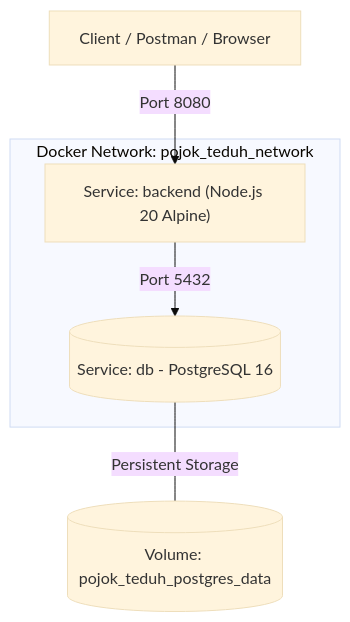
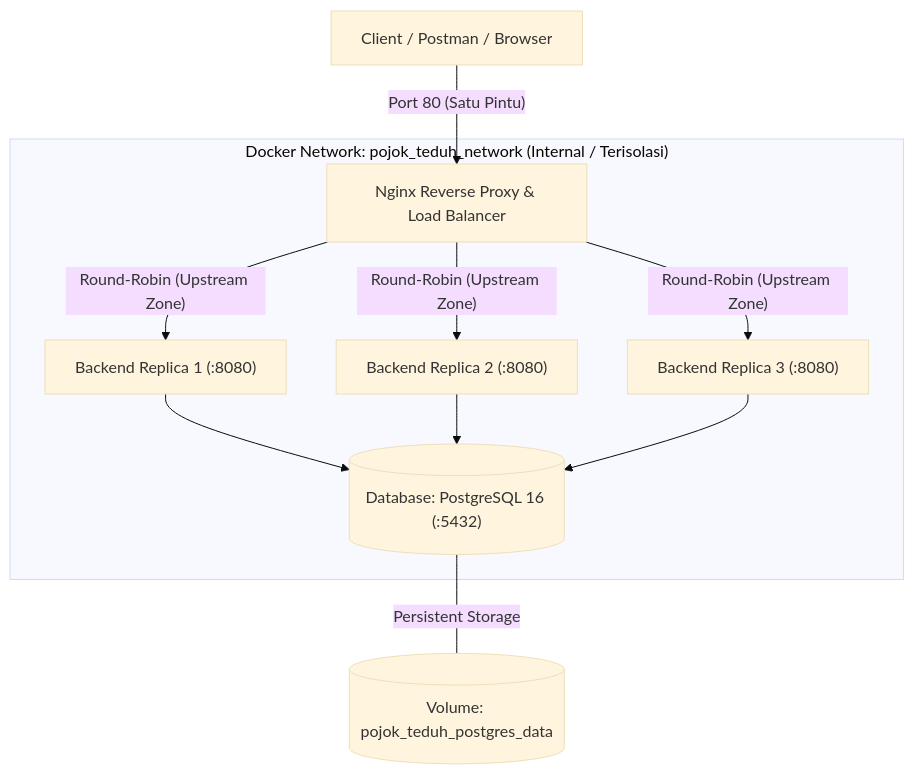
The diagram in README.md (akbarislami1305/Tugas1_Belajardocker), drawn with Mermaid (base theme) before and after one commit. The commit also changed other lines of this file and 5 other files, not shown here.

Commit message:
feat: add nginx reverse proxy, load balancing with 3 replicas, rate limiting, and security headers

````diff
--- a/README.md
+++ b/README.md
@@ -33,10 +35,16 @@
 ```mermaid
 flowchart TD
-    Client["Client / Postman / Browser"] -->|"Port 8080"| Backend["Service: backend (Node.js 20 Alpine)"]
+    Client["Client / Postman / Browser"] -->|"Port 80 (Satu Pintu)"| Nginx["Nginx Reverse Proxy & Load Balancer"]
 
-    subgraph Network ["Docker Network: pojok_teduh_network"]
-        Backend -->|"Port 5432"| DB[("Service: db - PostgreSQL 16")]
+    subgraph Network ["Docker Network: pojok_teduh_network (Internal / Terisolasi)"]
+        Nginx -->|"Round-Robin (Upstream Zone)"| B1["Backend Replica 1 (:8080)"]
+        Nginx -->|"Round-Robin (Upstream Zone)"| B2["Backend Replica 2 (:8080)"]
+        Nginx -->|"Round-Robin (Upstream Zone)"| B3["Backend Replica 3 (:8080)"]
+
+        B1 --> DB[("Database: PostgreSQL 16 (:5432)")]
+        B2 --> DB
+        B3 --> DB
     end
 
     DB ---|"Persistent Storage"| Volume[("Volume: pojok_teduh_postgres_data")]
 ```
````
